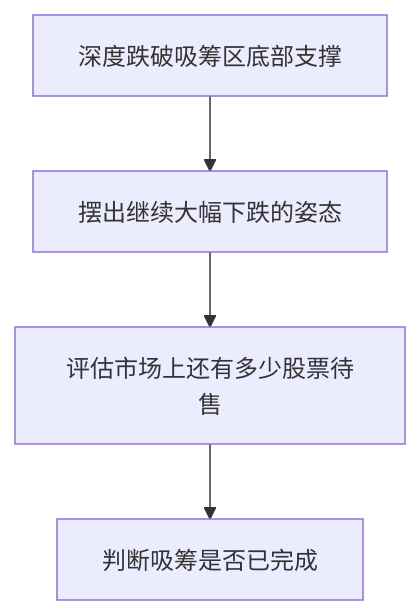
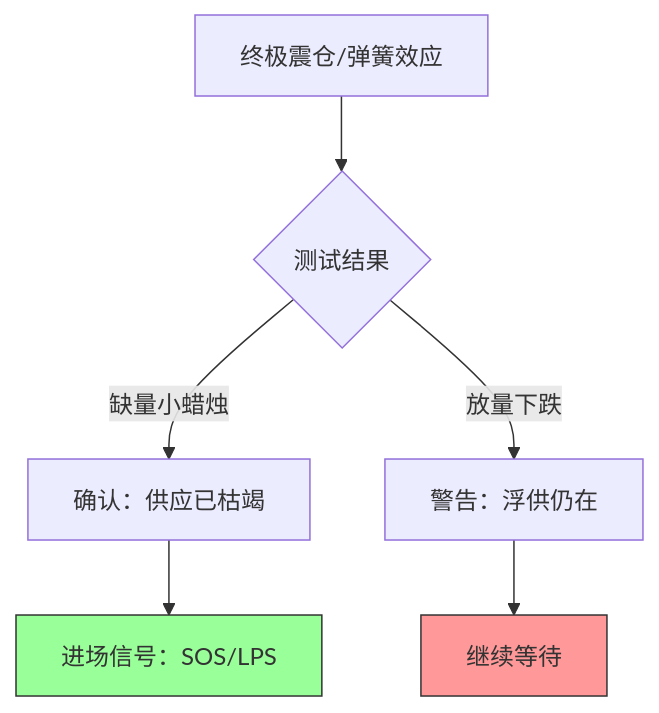
The first of 2 diagrams in docs/第二章_怎么知道主力机构开始接盘了/第四节_吸筹的第三阶段.md (bigzhu/Wyckoff), drawn with Mermaid before and after one commit. The commit also changed other lines of this file and 6 other files, not shown here.

Commit message:
docs: complete mermaid optimizations for Ch2 and enhance logical visualizations

````diff
--- a/docs/第二章_怎么知道主力机构开始接盘了/第四节_吸筹的第三阶段.md
+++ b/docs/第二章_怎么知道主力机构开始接盘了/第四节_吸筹的第三阶段.md
@@ -25,6 +29,10 @@
 ```mermaid
 graph TD
-    A[深度跌破吸筹区底部支撑] --> B[摆出继续大幅下跌的姿态]
-    B --> C[评估市场上还有多少股票待售]
-    C --> D[判断吸筹是否已完成]
+    A[终极震仓/弹簧效应] --> B{测试结果}
+    B -- 缺量小蜡烛 --> C[确认：供应已枯竭]
+    B -- 放量下跌 --> D[警告：浮供仍在]
+    C --> E[进场信号：SOS/LPS]
+    D --> F[继续等待]
+    style E fill:#9f9,stroke:#333
+    style F fill:#f99,stroke:#333
 ```
````
